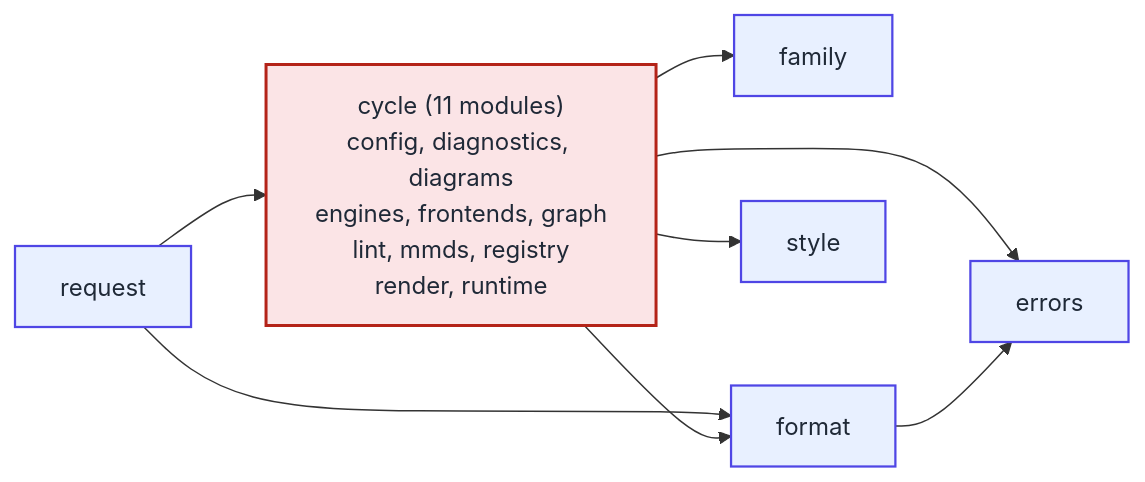
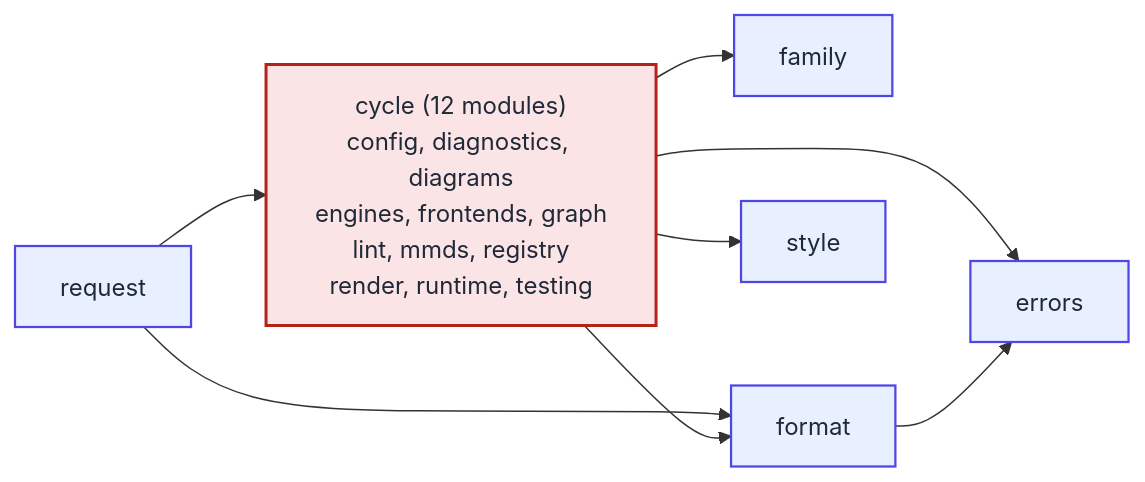
One commit to kevinswiber/mmdflux changed the diagram in docs/architecture/module-dependency-scc-dag.mmd. Above: the diagram before and after it, drawn with Mermaid. The commit also changed 101 other files, not shown here.

```diff
--- a/docs/architecture/module-dependency-scc-dag.mmd
+++ b/docs/architecture/module-dependency-scc-dag.mmd
@@ -1,23 +1,23 @@
 %% Generated by scripts/generate-rust-module-deps-scc.py
 %% crate-root: src/lib.rs
 %% max-depth: 1
 %% component-count: 6
-%% largest-scc-size: 11
+%% largest-scc-size: 12
 flowchart LR
     scc_5["request"]
-    scc_4["cycle (11 modules)<br/>config, diagnostics, diagrams<br/>engines, frontends, graph<br/>lint, mmds, registry<br/>render, runtime"]
+    scc_4["cycle (12 modules)<br/>config, diagnostics, diagrams<br/>engines, frontends, graph<br/>lint, mmds, registry<br/>render, runtime, testing"]
     scc_3["family"]
     scc_2["format"]
     scc_1["errors"]
     scc_0["style"]
     scc_5 --> scc_2
     scc_5 --> scc_4
     scc_4 --> scc_0
     scc_4 --> scc_1
     scc_4 --> scc_2
     scc_4 --> scc_3
     scc_2 --> scc_1
     classDef cycle fill:#fbe4e6,stroke:#b42318,stroke-width:2px,color:#1f2937;
     classDef singleton fill:#e8f0ff,stroke:#4f46e5,stroke-width:1.5px,color:#1f2937;
     class scc_4 cycle;
     class scc_0,scc_1,scc_2,scc_3,scc_5 singleton;
```
